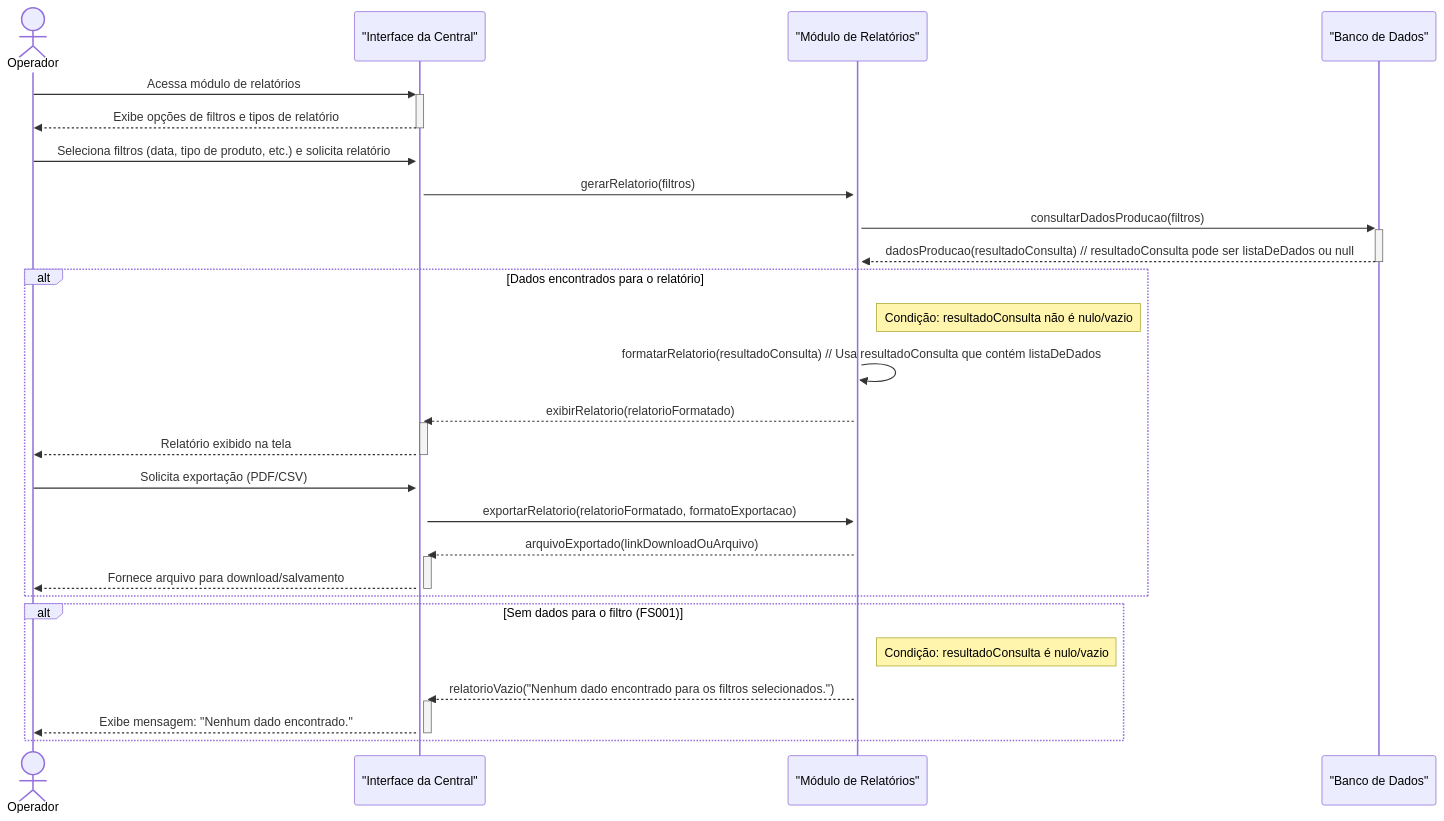
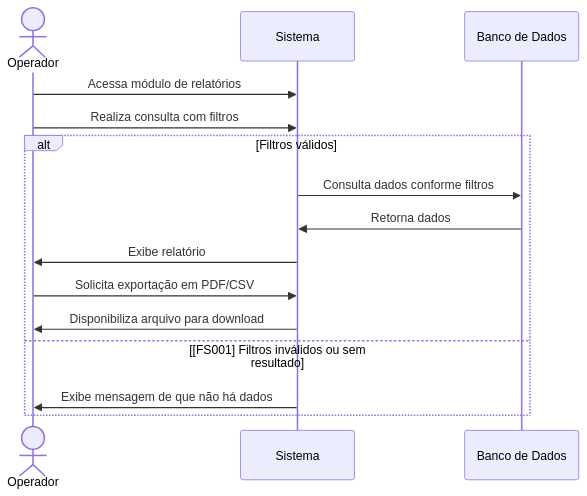
One commit to gbalbuquerque/IndustriaTintas changed the fifth of 17 diagrams in README.md. Above: the diagram before and after it, drawn with Mermaid. The commit also changed other lines of this file, not shown here.

````diff
--- a/README.md
+++ b/README.md
@@ -309,34 +274,21 @@
 ```mermaid
 sequenceDiagram
+
     actor Operador
-    participant UI_Central as "Interface da Central"
-    participant ModuloRelatorios as "Módulo de Relatórios"
-    participant BancoDeDados as "Banco de Dados"
+    participant Sistema
+    participant Banco de Dados
 
-    Operador->>+UI_Central: Acessa módulo de relatórios
-    UI_Central-->>-Operador: Exibe opções de filtros e tipos de relatório
+    Operador->>Sistema: Acessa módulo de relatórios
+    Operador->>Sistema: Realiza consulta com filtros
 
-    Operador->>+UI_Central: Seleciona filtros (data, tipo de produto, etc.) e solicita relatório
-    UI_Central->>+ModuloRelatorios: gerarRelatorio(filtros)
-
-    ModuloRelatorios->>+BancoDeDados: consultarDadosProducao(filtros)
-    BancoDeDados-->>-ModuloRelatorios: dadosProducao(resultadoConsulta) // resultadoConsulta pode ser listaDeDados ou null
-
-    alt Dados encontrados para o relatório
-        Note right of ModuloRelatorios: Condição: resultadoConsulta não é nulo/vazio
-        ModuloRelatorios->>ModuloRelatorios: formatarRelatorio(resultadoConsulta) // Usa resultadoConsulta que contém listaDeDados
-        ModuloRelatorios-->>+UI_Central: exibirRelatorio(relatorioFormatado)
-        UI_Central-->>-Operador: Relatório exibido na tela
-
-        Operador->>+UI_Central: Solicita exportação (PDF/CSV)
-        UI_Central->>+ModuloRelatorios: exportarRelatorio(relatorioFormatado, formatoExportacao)
-        ModuloRelatorios-->>+UI_Central: arquivoExportado(linkDownloadOuArquivo)
-        UI_Central-->>-Operador: Fornece arquivo para download/salvamento
+    alt Filtros válidos
+        Sistema->>Banco de Dados: Consulta dados conforme filtros
+        Banco de Dados->>Sistema: Retorna dados
+        Sistema->>Operador: Exibe relatório
+        Operador->>Sistema: Solicita exportação em PDF/CSV
+        Sistema->>Operador: Disponibiliza arquivo para download
+    else [FS001] Filtros inválidos ou sem resultado
+        Sistema->>Operador: Exibe mensagem de que não há dados
     end
 
-    alt Sem dados para o filtro (FS001)
-        Note right of ModuloRelatorios: Condição: resultadoConsulta é nulo/vazio
-        ModuloRelatorios-->>+UI_Central: relatorioVazio("Nenhum dado encontrado para os filtros selecionados.")
-        UI_Central-->>-Operador: Exibe mensagem: "Nenhum dado encontrado."
-    end
 ```
````
